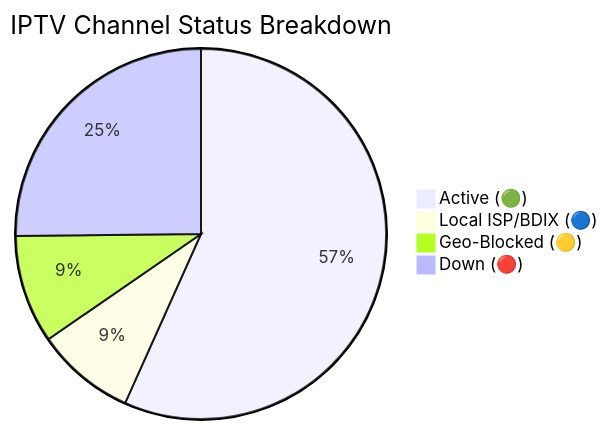
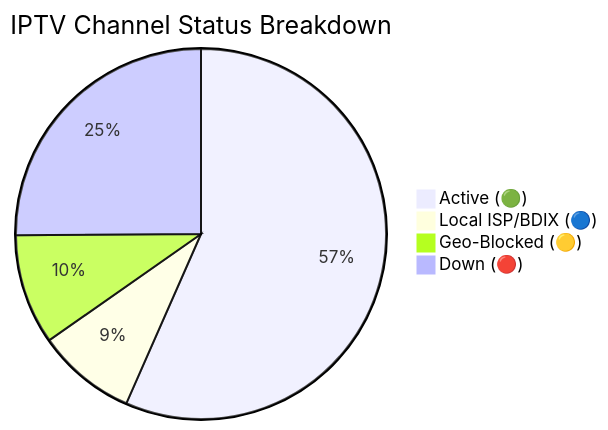
Before and after one commit to Zaman-Topu/Ip-tv-Collection: the diagram in README.md, drawn with Mermaid. The commit also changed other lines of this file and 6 other files, not shown here.

````diff
--- a/README.md
+++ b/README.md
@@ -149,7 +149,7 @@
 ```mermaid
 pie title IPTV Channel Status Breakdown
-    "Active (🟢)" : 10659
+    "Active (🟢)" : 10649
     "Local ISP/BDIX (🔵)" : 1631
-    "Geo-Blocked (🟡)" : 1775
-    "Down (🔴)" : 4730
+    "Geo-Blocked (🟡)" : 1810
+    "Down (🔴)" : 4722
 ```
````
